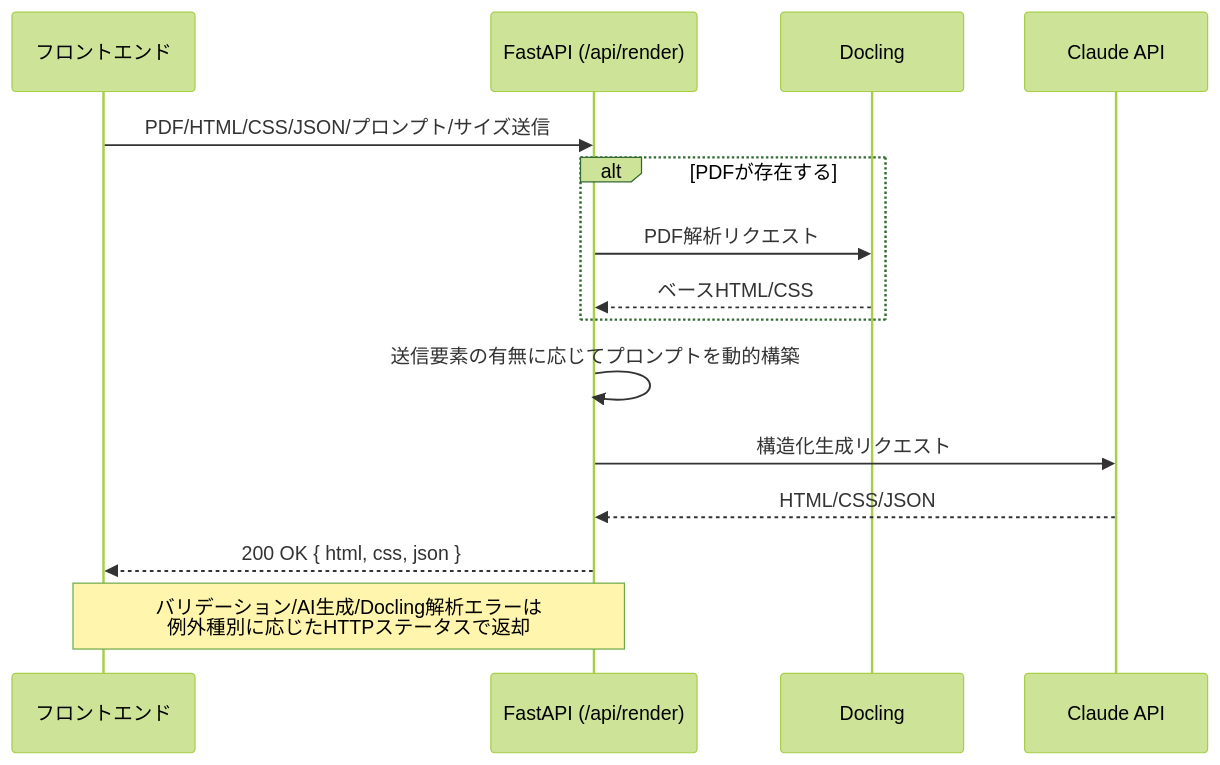
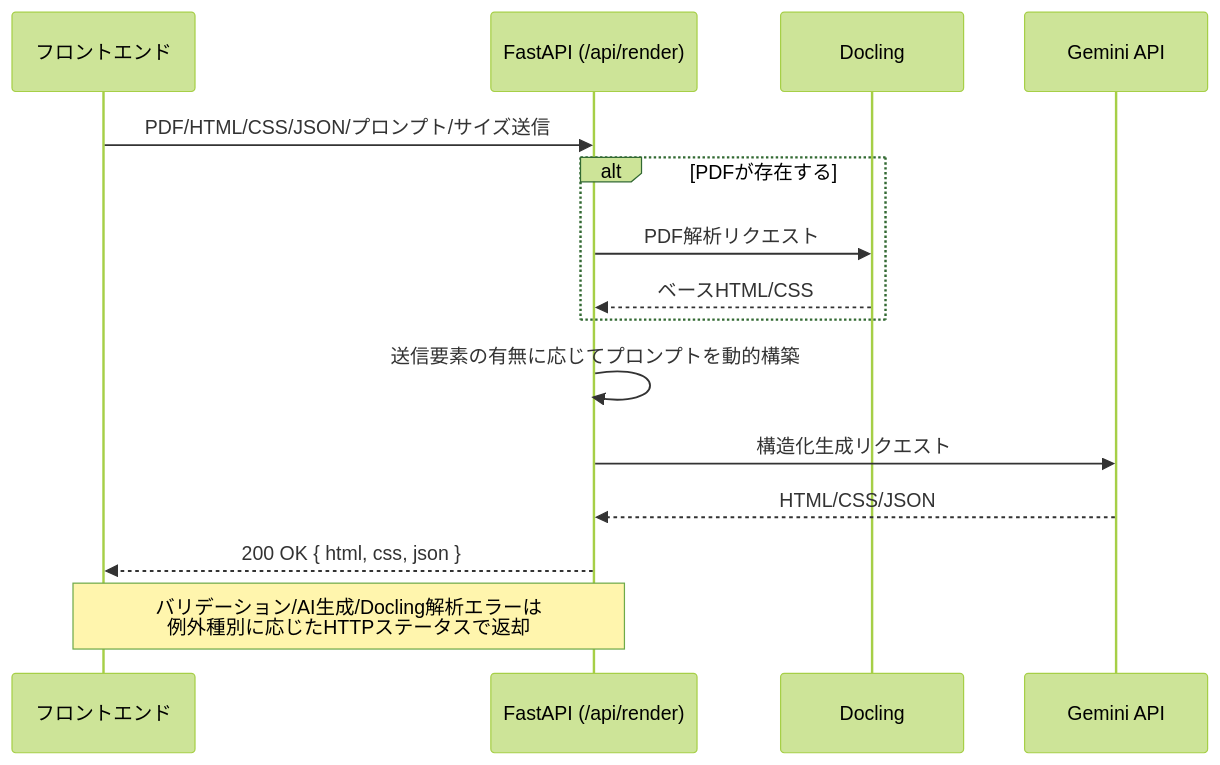
The second of 4 diagrams in docs/architecture.md (EisukeHishikawa/adapt-sheet), drawn with Mermaid (forest theme) before and after one commit. The commit also changed other lines of this file and 2 other files, not shown here.

First line of the commit message:
docs: architecture/deploymentの古い記述を修正しfrontend/README.mdを削除

````diff
--- a/docs/architecture.md
+++ b/docs/architecture.md
@@ -42,18 +44,18 @@
 ```mermaid
 sequenceDiagram
     participant FE as フロントエンド
     participant API as FastAPI (/api/render)
     participant Docling as Docling
-    participant Claude as Claude API
+    participant Gemini as Gemini API
 
     FE->>API: PDF/HTML/CSS/JSON/プロンプト/サイズ送信
     alt PDFが存在する
         API->>Docling: PDF解析リクエスト
         Docling-->>API: ベースHTML/CSS
     end
     API->>API: 送信要素の有無に応じてプロンプトを動的構築
-    API->>Claude: 構造化生成リクエスト
-    Claude-->>API: HTML/CSS/JSON
+    API->>Gemini: 構造化生成リクエスト
+    Gemini-->>API: HTML/CSS/JSON
     API-->>FE: 200 OK { html, css, json }
     Note over API,FE: バリデーション/AI生成/Docling解析エラーは<br/>例外種別に応じたHTTPステータスで返却
 ```
````
